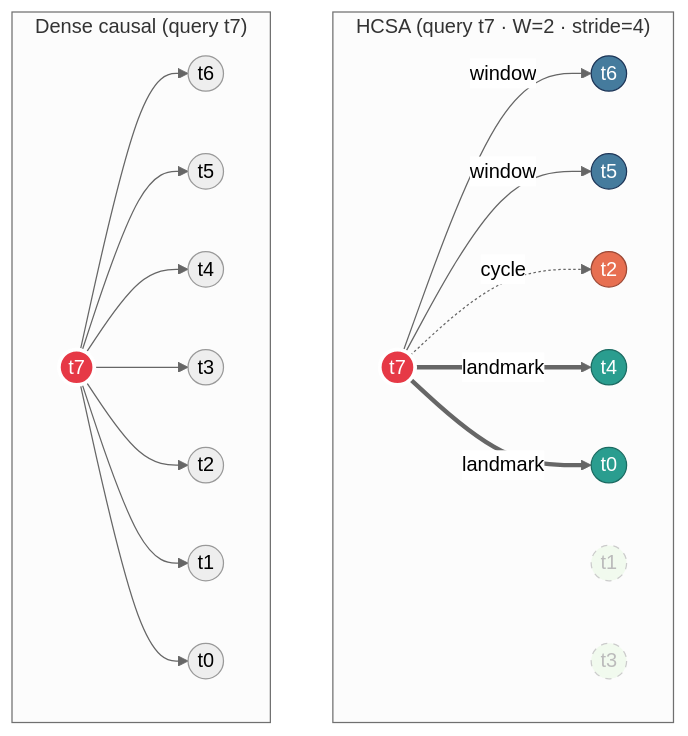
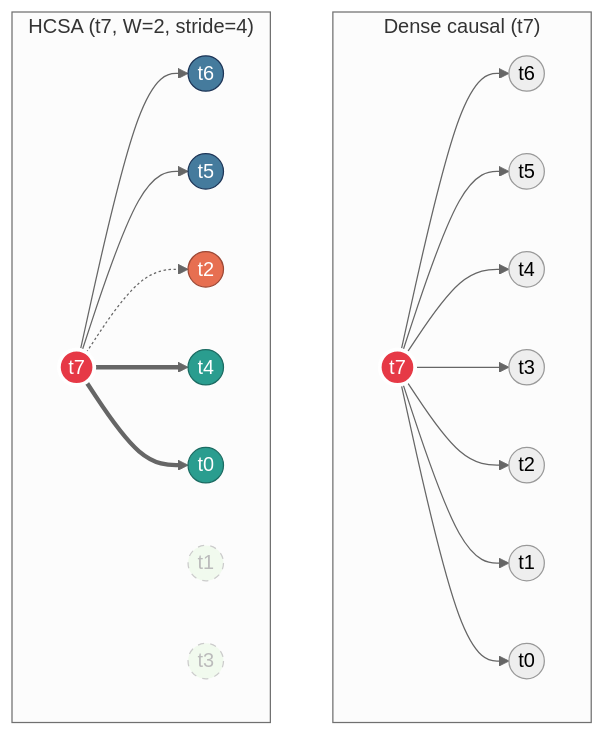
The diagram in README.md (Hmbown/Butterfly), drawn with Mermaid before and after one commit. The commit also changed other lines of this file, not shown here.

First line of the commit message:
README: remove edge labels from diagram for cleaner rendering

````diff
--- a/README.md
+++ b/README.md
@@ -13,31 +13,31 @@
 ```mermaid
 %%{init: {'theme': 'neutral', 'flowchart': {'curve': 'basis'}}}%%
 flowchart TB
-    subgraph S["HCSA  (query t7 · W=2 · stride=4)"]
-        s7((t7)):::q
-        s7 -->|window| s6((t6)):::w
-        s7 -->|window| s5((t5)):::w
-        s7 -.->|cycle| s2((t2)):::c
-        s7 ==>|landmark| s4((t4)):::l
-        s7 ==>|landmark| s0((t0)):::l
-        s7 ~~~ s1((t1)):::skip
-        s7 ~~~ s3((t3)):::skip
-    end
-
-    subgraph D["Dense causal  (query t7)"]
+    subgraph D["Dense causal (t7)"]
         d7((t7)):::q
         d7 --> d6((t6))
         d7 --> d5((t5))
         d7 --> d4((t4))
         d7 --> d3((t3))
         d7 --> d2((t2))
         d7 --> d1((t1))
         d7 --> d0((t0))
     end
 
+    subgraph S["HCSA (t7, W=2, stride=4)"]
+        s7((t7)):::q
+        s7 --> s6((t6)):::w
+        s7 --> s5((t5)):::w
+        s7 -.-> s2((t2)):::c
+        s7 ==> s4((t4)):::l
+        s7 ==> s0((t0)):::l
+        s7 ~~~ s1((t1)):::skip
+        s7 ~~~ s3((t3)):::skip
+    end
+
     classDef q fill:#e63946,stroke:#fff,color:#fff,stroke-width:3px
     classDef w fill:#457b9d,stroke:#1d3557,color:#fff
     classDef c fill:#e76f51,stroke:#9c4835,color:#fff
     classDef l fill:#2a9d8f,stroke:#1b6b62,color:#fff
     classDef skip fill:#f1faee,stroke:#ccc,color:#bbb,stroke-dasharray:5 5
 ```
````
